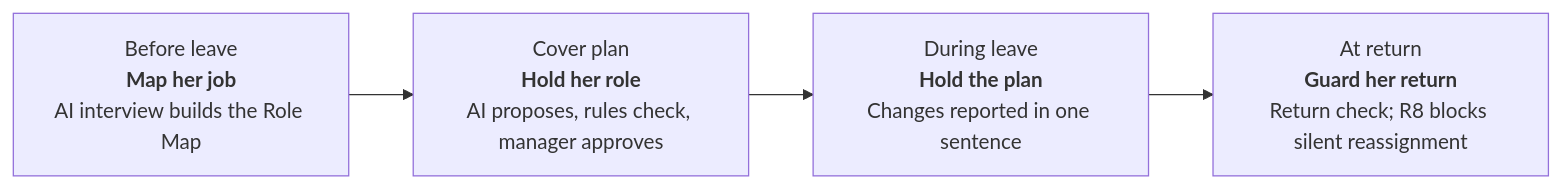
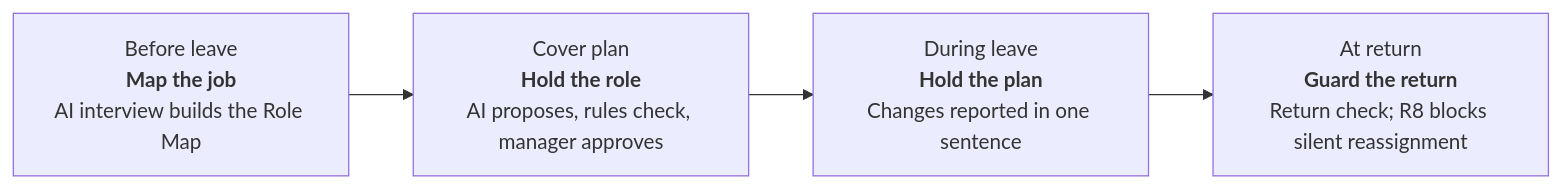
The first of 3 diagrams in README.md (SpicyFalcon619/shetu-congress), drawn with Mermaid before and after one commit. The commit also changed other lines of this file and 14 other files, not shown here.

````diff
--- a/README.md
+++ b/README.md
@@ -110,6 +110,6 @@
 ```mermaid
 flowchart LR
-    A["Before leave<br/><b>Map her job</b><br/>AI interview builds the Role Map"] --> B["Cover plan<br/><b>Hold her role</b><br/>AI proposes, rules check, manager approves"]
+    A["Before leave<br/><b>Map the job</b><br/>AI interview builds the Role Map"] --> B["Cover plan<br/><b>Hold the role</b><br/>AI proposes, rules check, manager approves"]
     B --> C["During leave<br/><b>Hold the plan</b><br/>Changes reported in one sentence"]
-    C --> D["At return<br/><b>Guard her return</b><br/>Return check; R8 blocks silent reassignment"]
+    C --> D["At return<br/><b>Guard the return</b><br/>Return check; R8 blocks silent reassignment"]
 ```
````
